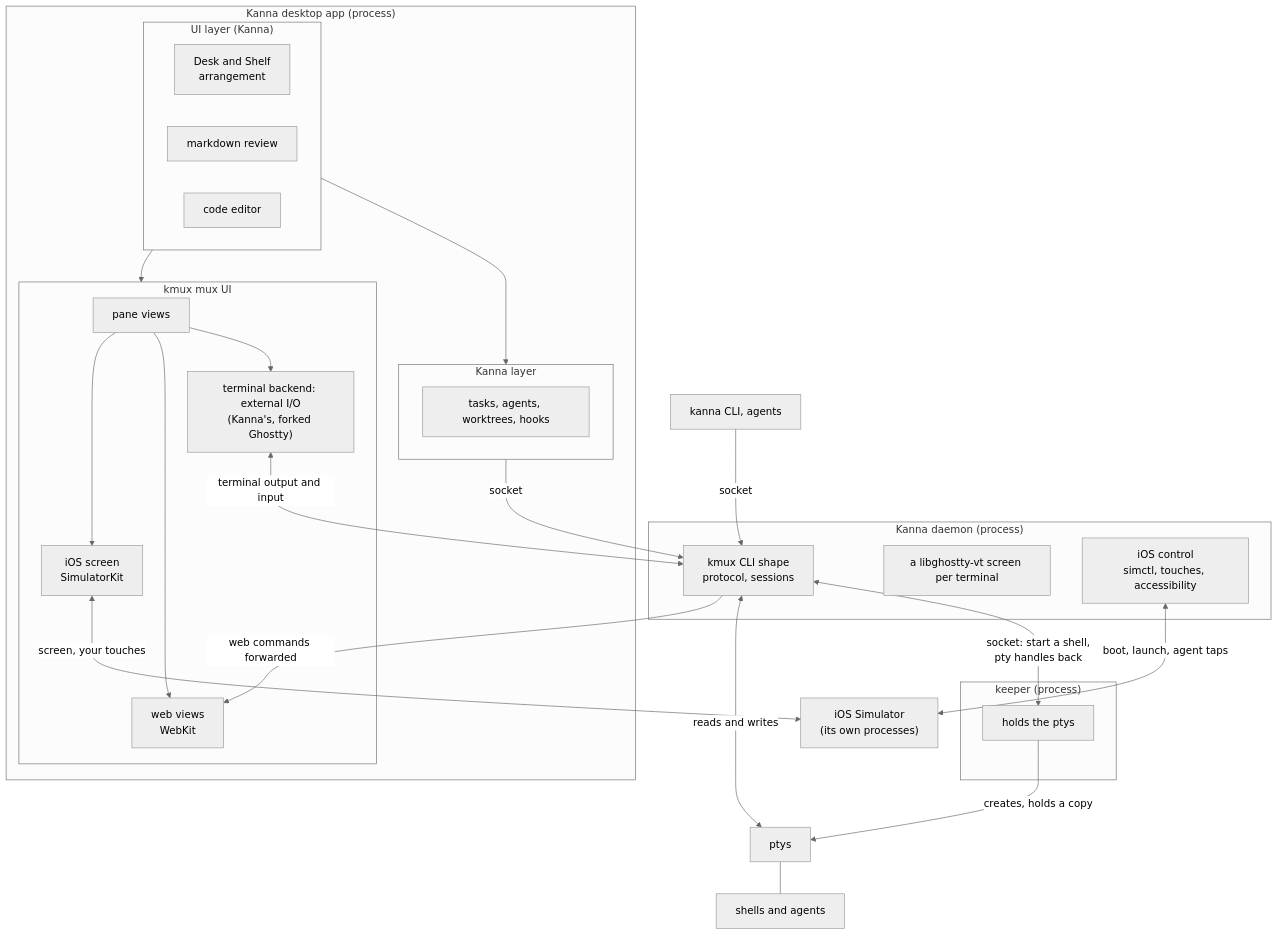
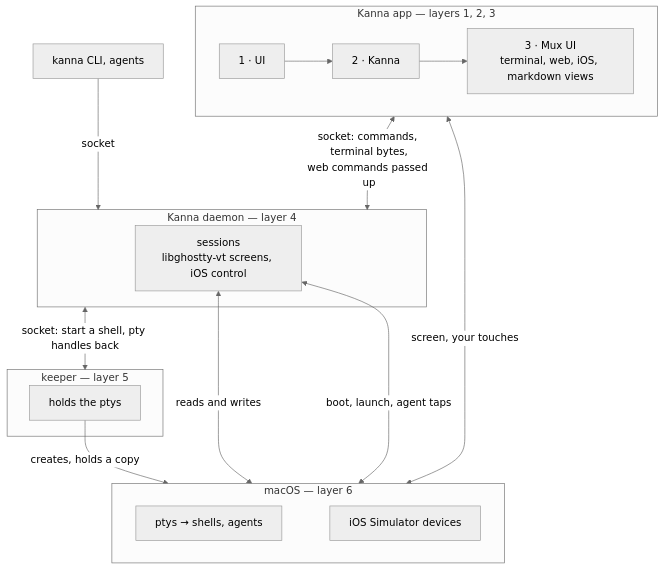
One commit to jemdiggity/kanna-v4 changed the third of 11 diagrams in docs/research/mux-architecture.md. Above: the diagram before and after it, drawn with Mermaid (neutral theme). The commit also changed other lines of this file, not shown here.

Commit message:
Mux architecture: draw the layers as a stack, UI on top

````diff
--- a/docs/research/mux-architecture.md
+++ b/docs/research/mux-architecture.md
@@ -75,46 +119,25 @@
 ```mermaid
 flowchart TB
-    subgraph APP["Kanna desktop app (process)"]
-        subgraph L1["UI layer (Kanna)"]
-            DESK["Desk and Shelf<br/>arrangement"]
-            REVIEW["markdown review"]
-            EDIT["code editor"]
-        end
-        subgraph L2["Kanna layer"]
-            TASKS["tasks, agents, worktrees, hooks"]
-        end
-        subgraph L3["kmux mux UI"]
-            PANES["pane views"]
-            EXT["terminal backend: external I/O<br/>(Kanna's, forked Ghostty)"]
-            WEB["web views<br/>WebKit"]
-            SIMV["iOS screen<br/>SimulatorKit"]
-        end
-        L1 --> L2
-        L1 --> L3
-        PANES --> EXT
-        PANES --> WEB
-        PANES --> SIMV
+    subgraph APP["Kanna app — layers 1, 2, 3"]
+        direction LR
+        UI["1 · UI"] --> KL["2 · Kanna"] --> MUX["3 · Mux UI<br/>terminal, web, iOS, markdown views"]
     end
-    subgraph DP["Kanna daemon (process)"]
-        CORE["kmux CLI shape<br/>protocol, sessions"]
-        VT["a libghostty-vt screen per terminal"]
-        SIMC["iOS control<br/>simctl, touches, accessibility"]
+    subgraph DP["Kanna daemon — layer 4"]
+        CORE["sessions<br/>libghostty-vt screens, iOS control"]
     end
-    SIM["iOS Simulator<br/>(its own processes)"]
-    subgraph KP["keeper (process)"]
+    CLI["kanna CLI, agents"]
+    subgraph KP["keeper — layer 5"]
         KEEPER["holds the ptys"]
     end
-    CLI["kanna CLI, agents"]
-    PTY["ptys"]
-    SH["shells and agents"]
-    L2 -->|"socket"| CORE
-    EXT <-->|"terminal output and input"| CORE
-    CLI -->|"socket"| CORE
-    CORE <-->|"socket: start a shell,<br/>pty handles back"| KEEPER
+    subgraph OS["macOS — layer 6"]
+        direction LR
+        PTY["ptys → shells, agents"] ~~~ SIM["iOS Simulator devices"]
+    end
+    APP <-->|"socket: commands, terminal bytes,<br/>web commands passed up"| DP
+    CLI -->|"socket"| DP
+    DP <-->|"socket: start a shell, pty handles back"| KP
     KEEPER -->|"creates, holds a copy"| PTY
     CORE <-->|"reads and writes"| PTY
-    PTY --- SH
-    SIMV <-->|"screen, your touches"| SIM
-    SIMC <-->|"boot, launch, agent taps"| SIM
-    CORE -->|"web commands forwarded"| WEB
+    CORE <-->|"boot, launch, agent taps"| SIM
+    MUX <-->|"screen, your touches"| SIM
 ```
````
